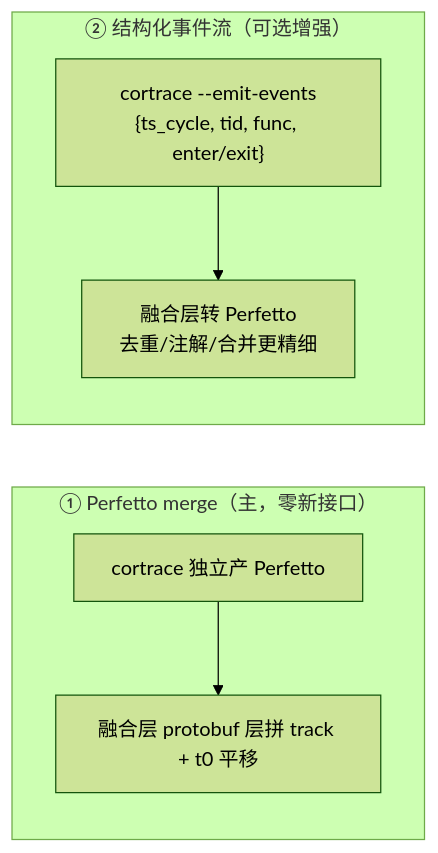
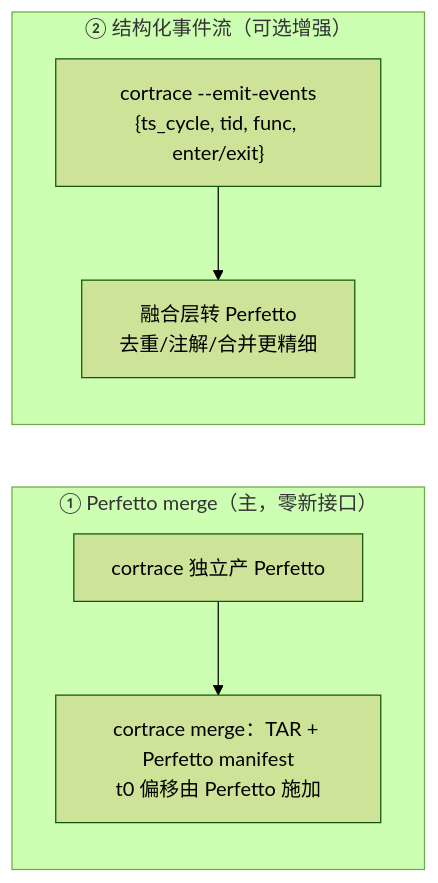
Before and after one commit to FASTSHIFT/cortrace: the sixth of 6 diagrams in docs/02-nxtrace-fusion.md, drawn with Mermaid (forest theme). The commit also changed other lines of this file and 1 other file, not shown here.

Commit message:
docs: describe the merge formats and cortrace merge

````diff
--- a/docs/02-nxtrace-fusion.md
+++ b/docs/02-nxtrace-fusion.md
@@ -204,9 +204,9 @@
 ```mermaid
 flowchart LR
     subgraph OPT1["① Perfetto merge（主，零新接口）"]
-        P1["cortrace 独立产 Perfetto"] --> P2["融合层 protobuf 层拼 track + t0 平移"]
+        P1["cortrace 独立产 Perfetto"] --> P2["cortrace merge：TAR + Perfetto manifest<br>t0 偏移由 Perfetto 施加"]
     end
     subgraph OPT2["② 结构化事件流（可选增强）"]
         Q1["cortrace --emit-events<br>{ts_cycle, tid, func, enter/exit}"] --> Q2["融合层转 Perfetto<br>去重/注解/合并更精细"]
     end
 ```
````
